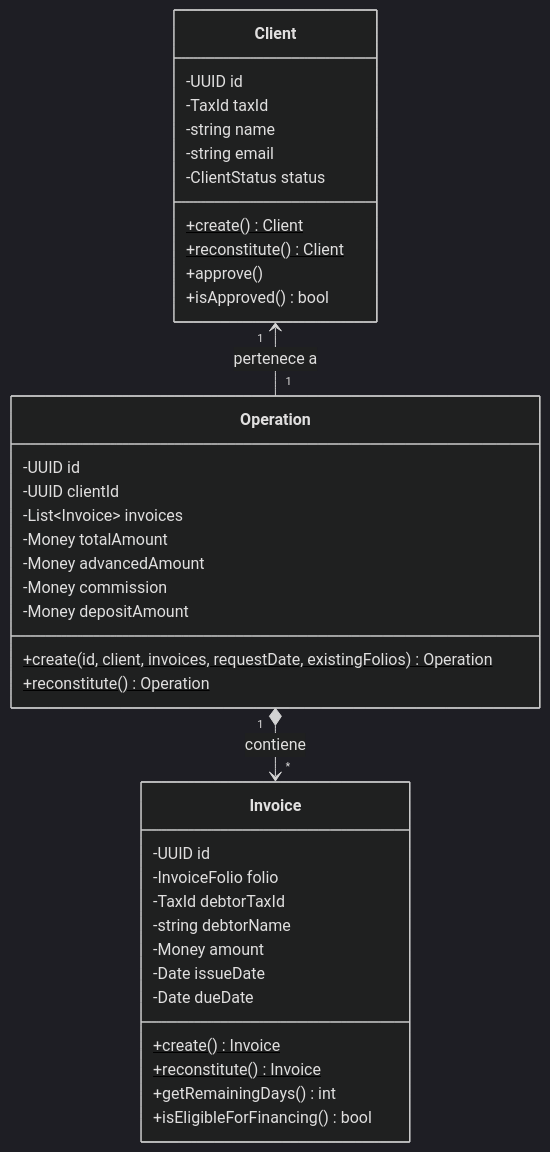
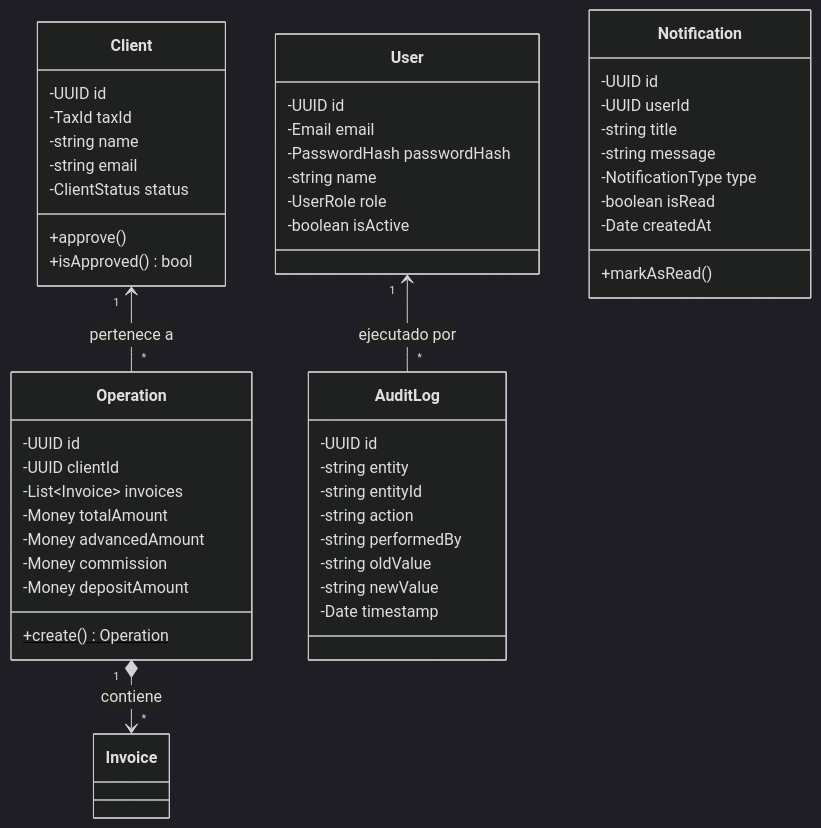
Before and after one commit to SauloMLA/capitalx-factorcore: the diagram in ARCHITECTURE.md, drawn with Mermaid (dark theme). The commit also changed other lines of this file and 2 other files, not shown here.

Commit message:
docs: update README.md, ARCHITECTURE.md and PROJECT_GUIDE.md for FactorCore 2.0

````diff
--- a/ARCHITECTURE.md
+++ b/ARCHITECTURE.md
@@ -41,43 +46,58 @@
 ```mermaid
 classDiagram
     class Client {
         -UUID id
         -TaxId taxId
         -string name
         -string email
         -ClientStatus status
-        +create() Client$
-        +reconstitute() Client$
         +approve()
         +isApproved() bool
     }
 
     class Operation {
         -UUID id
         -UUID clientId
         -List~Invoice~ invoices
         -Money totalAmount
         -Money advancedAmount
         -Money commission
         -Money depositAmount
-        +create(id, client, invoices, requestDate, existingFolios) Operation$
-        +reconstitute() Operation$
+        +create() Operation$
     }
 
-    class Invoice {
+    class User {
         -UUID id
-        -InvoiceFolio folio
-        -TaxId debtorTaxId
-        -string debtorName
-        -Money amount
-        -Date issueDate
-        -Date dueDate
-        +create() Invoice$
-        +reconstitute() Invoice$
-        +getRemainingDays() int
-        +isEligibleForFinancing() bool
+        -Email email
+        -PasswordHash passwordHash
+        -string name
+        -UserRole role
+        -boolean isActive
+    }
+
+    class AuditLog {
+        -UUID id
+        -string entity
+        -string entityId
+        -string action
+        -string performedBy
+        -string oldValue
+        -string newValue
+        -Date timestamp
+    }
+
+    class Notification {
+        -UUID id
+        -UUID userId
+        -string title
+        -string message
+        -NotificationType type
+        -boolean isRead
+        -Date createdAt
+        +markAsRead()
     }
 
     Operation "1" *--> "*" Invoice : contiene
-    Client "1" <-- "1" Operation : pertenece a
+    Client "1" <-- "*" Operation : pertenece a
+    User "1" <-- "*" AuditLog : ejecutado por
 ```
````
